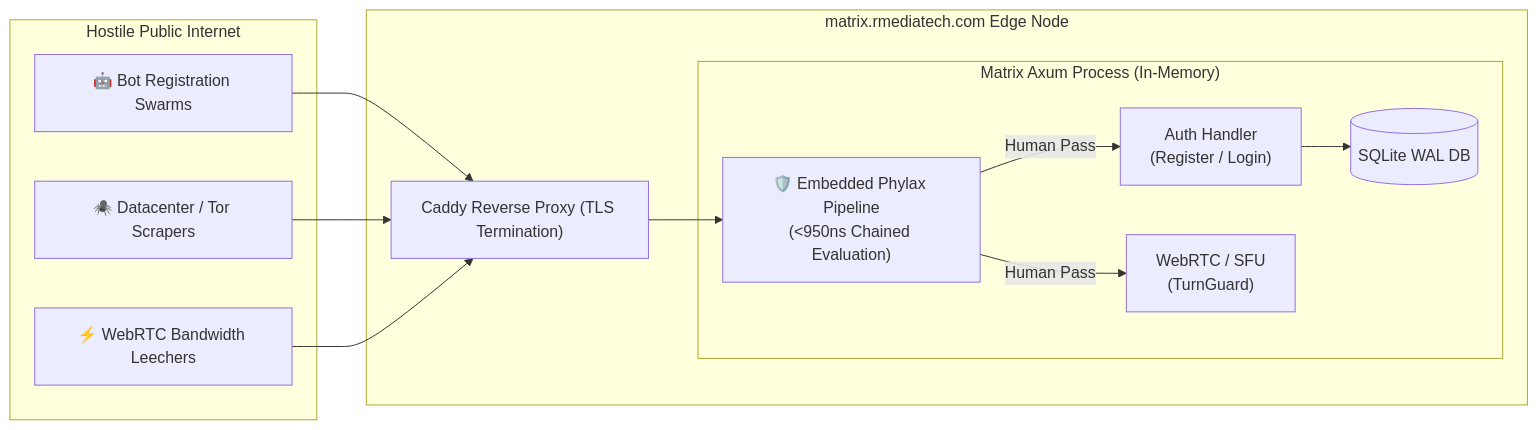
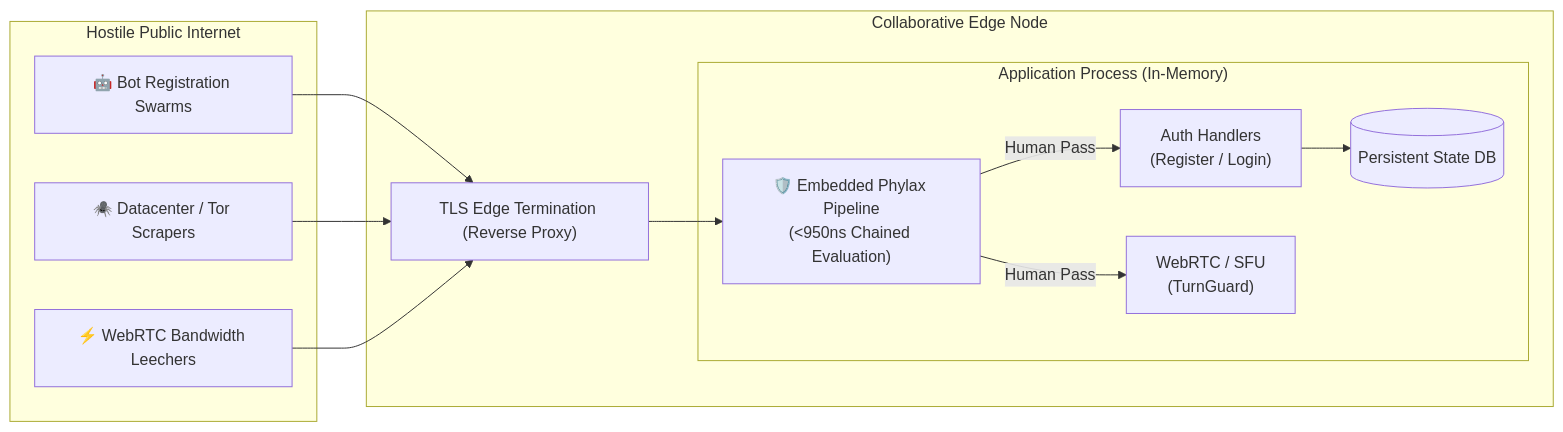
One commit to xuoxod/phylax changed the diagram in docs/03_CASE_STUDY_MATRIX_PRODUCTION.md. Above: the diagram before and after it, drawn with Mermaid. The commit also changed other lines of this file and 1 other file, not shown here.

Commit message:
sec(docs): sanitize Caddyfile domain to RFC placeholder and remove private crate paths

````diff
--- a/docs/03_CASE_STUDY_MATRIX_PRODUCTION.md
+++ b/docs/03_CASE_STUDY_MATRIX_PRODUCTION.md
@@ -25,27 +25,27 @@
 ```mermaid
 flowchart LR
     subgraph HostileInternet["Hostile Public Internet"]
         BOT["🤖 Bot Registration Swarms"]
         CRAWLER["🕷️ Datacenter / Tor Scrapers"]
         LEECH["⚡ WebRTC Bandwidth Leechers"]
     end
 
-    subgraph MatrixEdge["matrix.rmediatech.com Edge Node"]
-        CADDY["Caddy Reverse Proxy (TLS Termination)"]
+    subgraph MatrixEdge["Collaborative Edge Node"]
+        PROXY["TLS Edge Termination (Reverse Proxy)"]
         
-        subgraph AxumProcess["Matrix Axum Process (In-Memory)"]
+        subgraph AxumProcess["Application Process (In-Memory)"]
             PHYLAX["🛡️ Embedded Phylax Pipeline<br/>(<950ns Chained Evaluation)"]
-            AUTH["Auth Handler<br/>(Register / Login)"]
+            AUTH["Auth Handlers<br/>(Register / Login)"]
             MEDIA["WebRTC / SFU<br/>(TurnGuard)"]
-            DB[(SQLite WAL DB)]
+            DB[(Persistent State DB)]
         end
     end
 
-    BOT --> CADDY
-    CRAWLER --> CADDY
-    LEECH --> CADDY
-    CADDY --> PHYLAX
+    BOT --> PROXY
+    CRAWLER --> PROXY
+    LEECH --> PROXY
+    PROXY --> PHYLAX
     PHYLAX -- Human Pass --> AUTH
     PHYLAX -- Human Pass --> MEDIA
     AUTH --> DB
 ```
````
